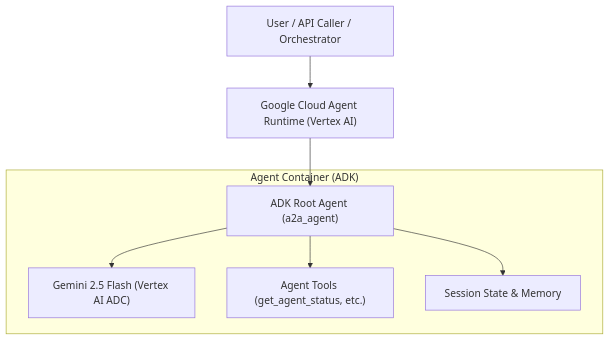
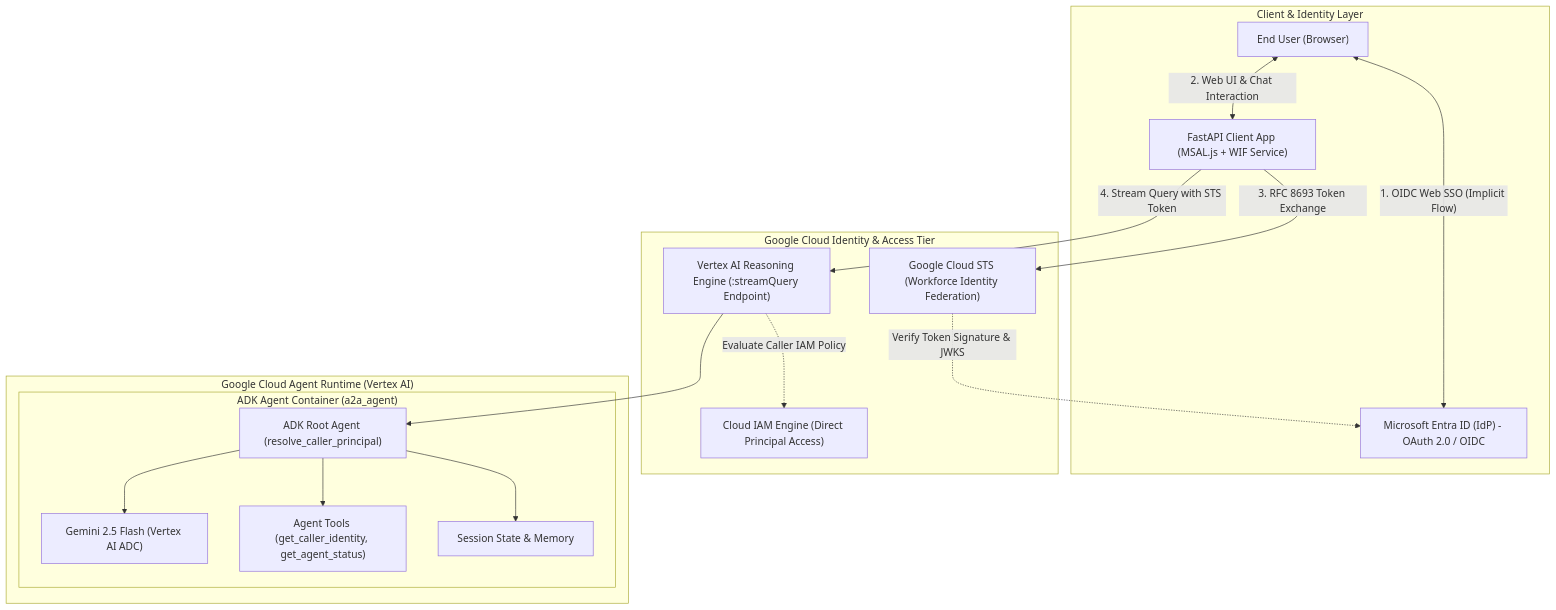
One commit to rodrigo-m/a2a-sso-wif changed the first of 2 diagrams in README.md. Above: the diagram before and after it, drawn with Mermaid. The commit also changed other lines of this file, not shown here.

Commit message:
Adding diagram with token flow

````diff
--- a/README.md
+++ b/README.md
@@ -20,15 +20,34 @@
 ```mermaid
-graph TD
-    Client["User / API Caller / Orchestrator"] --> AgentRuntime["Google Cloud Agent Runtime (Vertex AI)"]
-    subgraph "Agent Container (ADK)"
-        AgentInstance["ADK Root Agent (a2a_agent)"]
-        LLM["Gemini 2.5 Flash (Vertex AI ADC)"]
-        Tools["Agent Tools (get_agent_status, etc.)"]
-        State["Session State & Memory"]
-        
-        AgentInstance --> LLM
-        AgentInstance --> Tools
-        AgentInstance --> State
+graph TB
+    subgraph ClientTier["Client & Identity Layer"]
+        User["End User (Browser)"]
+        Entra["Microsoft Entra ID (IdP) - OAuth 2.0 / OIDC"]
+        ClientApp["FastAPI Client App (MSAL.js + WIF Service)"]
+        User <-->|"1. OIDC Web SSO (Implicit Flow)"| Entra
+        User <-->|"2. Web UI & Chat Interaction"| ClientApp
     end
-    AgentRuntime --> AgentInstance
+
+    subgraph GCPAccessTier["Google Cloud Identity & Access Tier"]
+        STS["Google Cloud STS (Workforce Identity Federation)"]
+        IAM["Cloud IAM Engine (Direct Principal Access)"]
+        ClientApp -->|"3. RFC 8693 Token Exchange"| STS
+        STS -.->|"Verify Token Signature & JWKS"| Entra
+        ClientApp -->|"4. Stream Query with STS Token"| AgentRuntime
+        AgentRuntime -.->|"Evaluate Caller IAM Policy"| IAM
+    end
+
+    subgraph AgentTier["Google Cloud Agent Runtime (Vertex AI)"]
+        AgentRuntime["Vertex AI Reasoning Engine (:streamQuery Endpoint)"]
+        subgraph AgentContainer["ADK Agent Container (a2a_agent)"]
+            RootAgent["ADK Root Agent (resolve_caller_principal)"]
+            LLM["Gemini 2.5 Flash (Vertex AI ADC)"]
+            Tools["Agent Tools (get_caller_identity, get_agent_status)"]
+            State["Session State & Memory"]
+            
+            RootAgent --> LLM
+            RootAgent --> Tools
+            RootAgent --> State
+        end
+        AgentRuntime --> RootAgent
+    end
 ```
````
